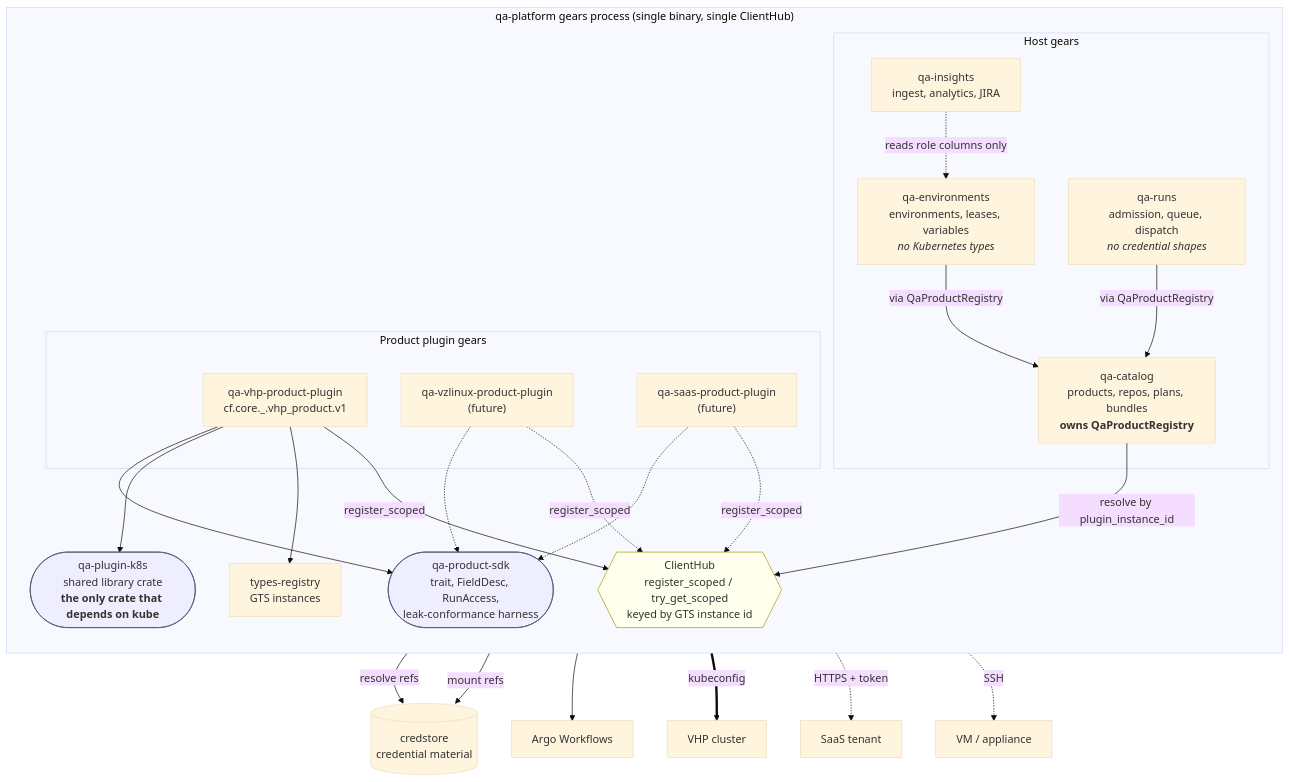
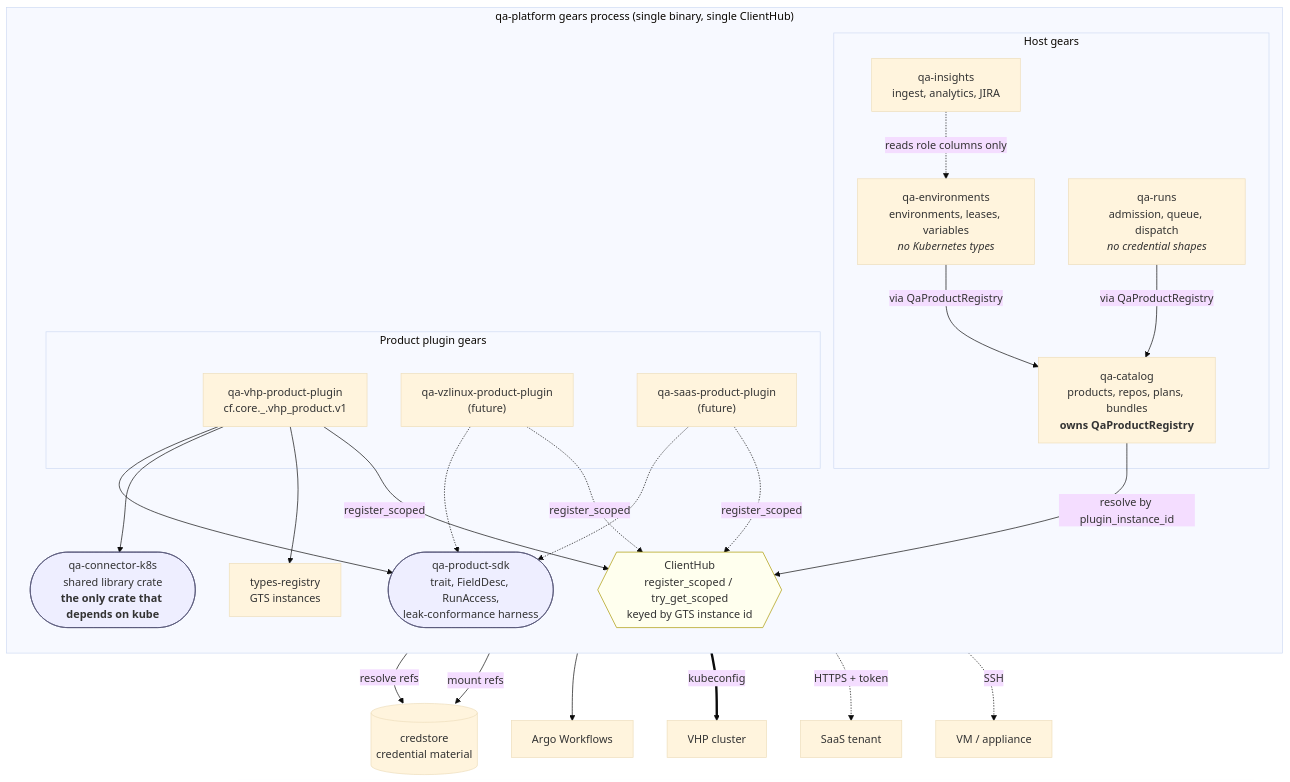
One commit to mo3g89/gears-rust changed the first of 6 diagrams in gears/qa-platform/docs/PRODUCT-PLUGINS-DESIGN.md. Above: the diagram before and after it, drawn with Mermaid (base theme). The commit also changed other lines of this file and 28 other files, not shown here.

First line of the commit message:
refactor(qa-platform): qa-plugin-k8s is a connector, not a plugin

````diff
--- a/gears/qa-platform/docs/PRODUCT-PLUGINS-DESIGN.md
+++ b/gears/qa-platform/docs/PRODUCT-PLUGINS-DESIGN.md
@@ -106,55 +106,55 @@
 ```mermaid
 flowchart TB
     subgraph proc["qa-platform gears process (single binary, single ClientHub)"]
         direction TB
 
         subgraph gears["Host gears"]
             CAT["qa-catalog<br/>products, repos, plans, bundles<br/><b>owns QaProductRegistry</b>"]
             ENV["qa-environments<br/>environments, leases, variables<br/><i>no Kubernetes types</i>"]
             RUN["qa-runs<br/>admission, queue, dispatch<br/><i>no credential shapes</i>"]
             INS["qa-insights<br/>ingest, analytics, JIRA"]
         end
 
         HUB{{"ClientHub<br/>register_scoped / try_get_scoped<br/>keyed by GTS instance id"}}
         REG["types-registry<br/>GTS instances"]
 
         subgraph plugins["Product plugin gears"]
             PVHP["qa-vhp-product-plugin<br/>cf.core._.vhp_product.v1"]
             POS["qa-vzlinux-product-plugin<br/>(future)"]
             PSAAS["qa-saas-product-plugin<br/>(future)"]
         end
 
-        LIBK8S(["qa-plugin-k8s<br/>shared library crate<br/><b>the only crate that depends on kube</b>"])
+        LIBK8S(["qa-connector-k8s<br/>shared library crate<br/><b>the only crate that depends on kube</b>"])
         SDK(["qa-product-sdk<br/>trait, FieldDesc, RunAccess,<br/>leak-conformance harness"])
     end
 
     CS[("credstore<br/>credential material")]
     ARGO["Argo Workflows"]
 
     CAT -->|"resolve by plugin_instance_id"| HUB
     ENV -->|"via QaProductRegistry"| CAT
     RUN -->|"via QaProductRegistry"| CAT
     INS -.->|"reads role columns only"| ENV
 
     PVHP -->|register_scoped| HUB
     POS -.->|register_scoped| HUB
     PSAAS -.->|register_scoped| HUB
     PVHP --> REG
 
     PVHP --> LIBK8S
     PVHP --> SDK
     POS -.-> SDK
     PSAAS -.-> SDK
 
     ENV -->|resolve refs| CS
     RUN -->|mount refs| CS
     RUN --> ARGO
 
     LIBK8S ==>|kubeconfig| T1["VHP cluster"]
     PSAAS -.->|"HTTPS + token"| T2["SaaS tenant"]
     POS -.->|"SSH"| T3["VM / appliance"]
 
     style LIBK8S fill:#eef,stroke:#557
     style SDK fill:#eef,stroke:#557
     style HUB fill:#ffe,stroke:#a90
 ```
````
